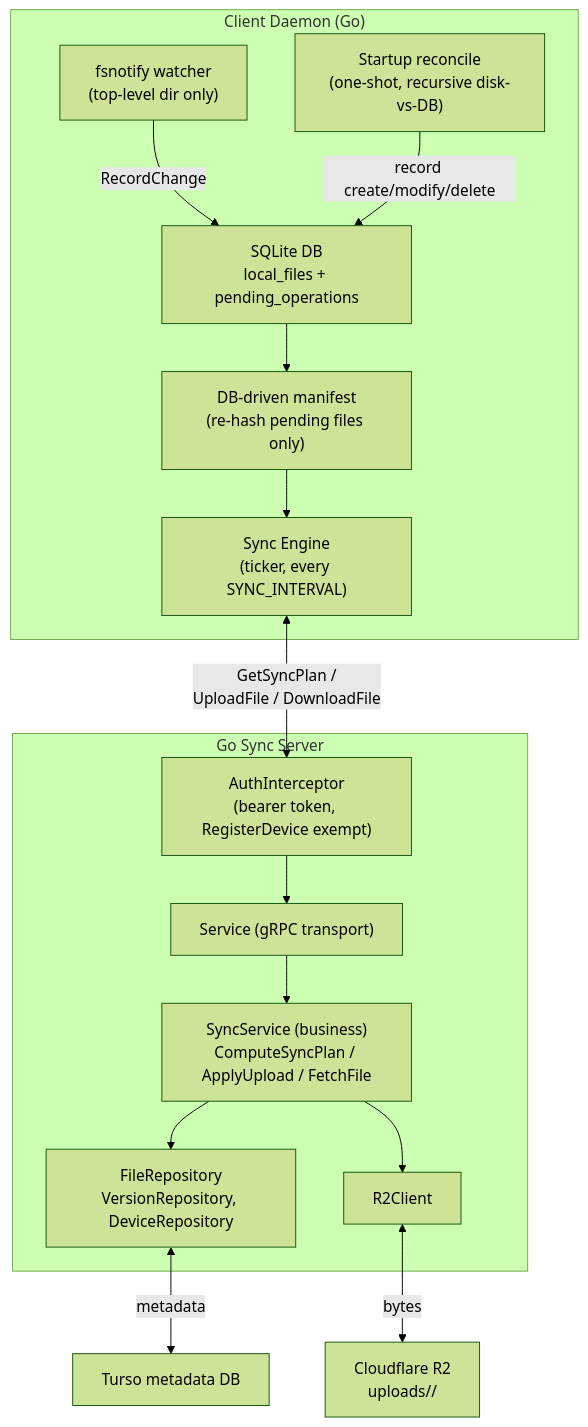
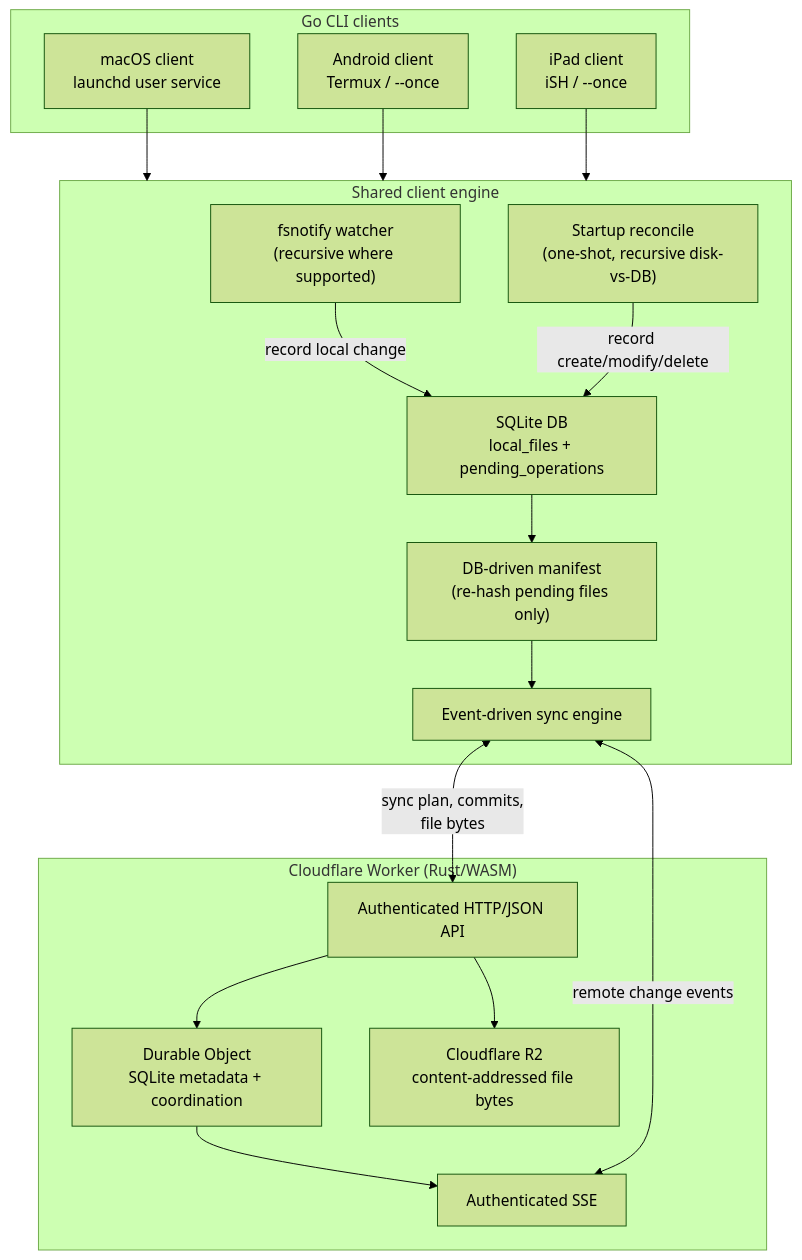
Before and after one commit to ShivangNagta/data_sync: the diagram in README.md, drawn with Mermaid (forest theme). The commit also changed 7 other files, not shown here.

Commit message:
DOCS: Update current architecture

````diff
--- a/README.md
+++ b/README.md
@@ -8,35 +8,39 @@
 ```mermaid
 flowchart TB
-    subgraph Client["Client Daemon (Go)"]
-        Watcher["fsnotify watcher<br/>(top-level dir only)"]
+    subgraph Clients["Go CLI clients"]
+        Mac["macOS client<br/>launchd user service"]
+        Android["Android client<br/>Termux / --once"]
+        IPad["iPad client<br/>iSH / --once"]
+    end
+
+    subgraph Client["Shared client engine"]
+        Watcher["fsnotify watcher<br/>(recursive where supported)"]
         Reconcile["Startup reconcile<br/>(one-shot, recursive disk-vs-DB)"]
         LocalDB["SQLite DB<br/>local_files + pending_operations"]
         Manifest["DB-driven manifest<br/>(re-hash pending files only)"]
-        SyncEngine["Sync Engine<br/>(ticker, every SYNC_INTERVAL)"]
+        SyncEngine["Event-driven sync engine"]
 
-        Watcher -->|"RecordChange"| LocalDB
+        Watcher -->|"record local change"| LocalDB
         Reconcile -->|"record create/modify/delete"| LocalDB
         LocalDB --> Manifest
         Manifest --> SyncEngine
     end
 
-    subgraph Server["Go Sync Server"]
-        Auth["AuthInterceptor<br/>(bearer token, RegisterDevice exempt)"]
-        Transport["Service (gRPC transport)"]
-        App["SyncService (business)<br/>ComputeSyncPlan / ApplyUpload / FetchFile"]
-        Repos["FileRepository<br/>VersionRepository, DeviceRepository"]
-        R2Client["R2Client"]
+    subgraph Worker["Cloudflare Worker (Rust/WASM)"]
+        API["Authenticated HTTP/JSON API"]
+        DurableObject["Durable Object<br/>SQLite metadata + coordination"]
+        R2["Cloudflare R2<br/>content-addressed file bytes"]
+        Events["Authenticated SSE"]
 
-        Auth --> Transport
-        Transport --> App
-        App --> Repos
-        App --> R2Client
+        API --> DurableObject
+        API --> R2
+        DurableObject --> Events
     end
 
-    Turso["Turso metadata DB"]
-    R2["Cloudflare R2<br/>uploads/<file_id>/<version_id>"]
+    Mac --> Client
+    Android --> Client
+    IPad --> Client
 
-    SyncEngine <-->|"GetSyncPlan /<br/>UploadFile / DownloadFile"| Auth
-    Repos <-->|"metadata"| Turso
-    R2Client <-->|"bytes"| R2
+    SyncEngine <-->|"sync plan, commits,<br/>file bytes"| API
+    SyncEngine <-->|"remote change events"| Events
 ```
````
